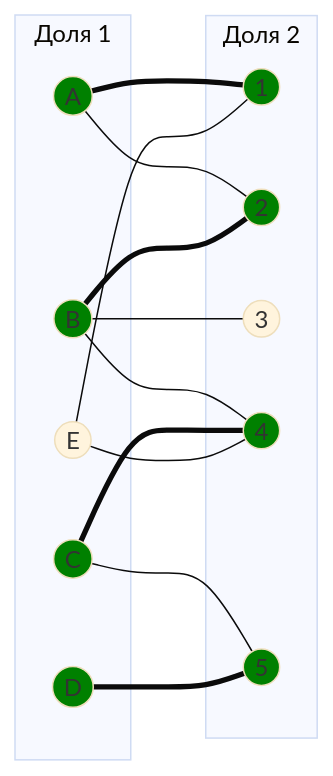
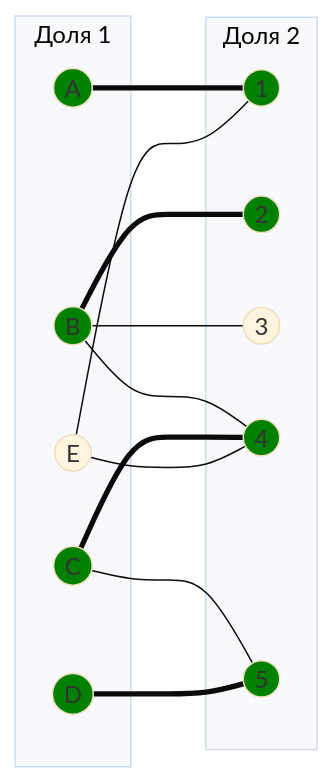
Before and after one commit to algos-ris-24-3/manual-tasks: diagram 11 of 17 in Задание 8/syndicate.md, drawn with Mermaid (base theme). The commit also changed other lines of this file, not shown here.

````diff
--- a/Задание 8/syndicate.md
+++ b/Задание 8/syndicate.md
@@ -454,36 +454,35 @@
 ```mermaid
 graph LR
     subgraph "Доля 1"
         A((A))
         B((B))
         C((C))
         D((D))
         E((E))
     end
     subgraph "Доля 2"
         1((1))
         2((2))
         3((3))
         4((4))
         5((5))
     end
     A === 1
-    A --- 2
     B === 2
     B --- 3
     B --- 4
     C === 4
     C --- 5
     D === 5
     E --- 1
     E --- 4
 
     style A fill:#008000
     style B fill:#008000
     style C fill:#008000
     style D fill:#008000
     style 1 fill:#008000
     style 2 fill:#008000
     style 4 fill:#008000
     style 5 fill:#008000
 ```
````
